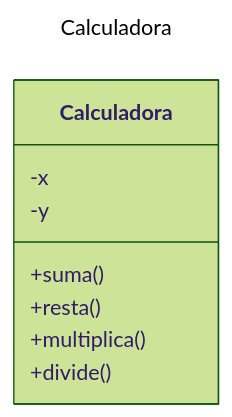
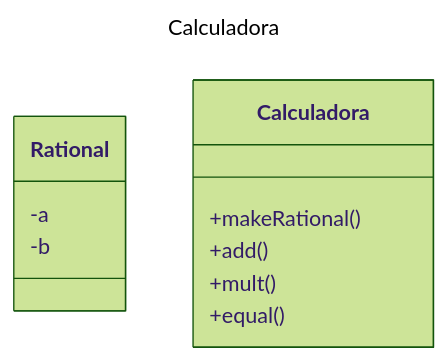
One commit to AED1026-EDD-GD-EJ24/GHUB.java.EJ.TAD.base changed the diagram in README.md. Above: the diagram before and after it, drawn with Mermaid (forest theme). The commit also changed other lines of this file, not shown here.

````diff
--- a/README.md
+++ b/README.md
@@ -25,13 +25,13 @@
 ```mermaid
 ---
 title: Calculadora
 ---
 classDiagram
-      class Calculadora
-      Calculadora: -x
-      Calculadora: -y
-      Calculadora: +suma()
-      Calculadora: +resta()
-      Calculadora: +multiplica()
-      Calculadora: +divide()
+      class Rational
+      Rational: -a
+      Rational: -b
+      Calculadora: +makeRational()
+      Calculadora: +add()
+      Calculadora: +mult()
+      Calculadora: +equal()
 ```
````
